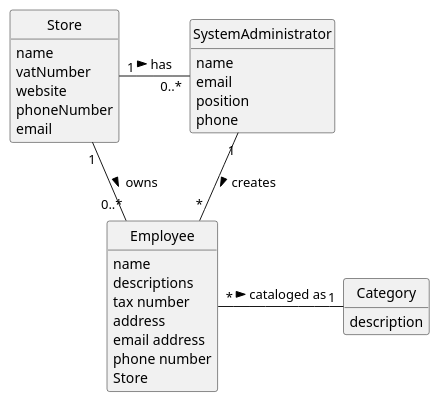
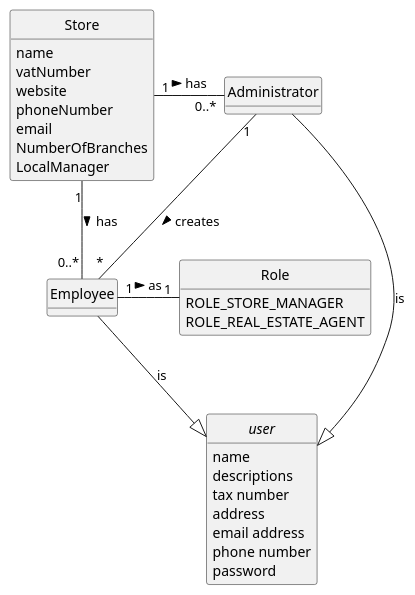
The diagram in lei-22-s2-1do-g68/docs/sprintA/us003/02.analysis/puml/us003-domain-model.puml (hugosilva2901/lei-22-s2-1DO-g68), drawn with PlantUML before and after one commit. The commit also changed 1 other file, not shown here.

```diff
--- a/lei-22-s2-1do-g68/docs/sprintA/us003/02.analysis/puml/us003-domain-model.puml
+++ b/lei-22-s2-1do-g68/docs/sprintA/us003/02.analysis/puml/us003-domain-model.puml
@@ -1,62 +1,54 @@
 @startuml
 skinparam monochrome true
 skinparam packageStyle rectangle
 skinparam shadowing false
 
 'left to right direction
 
 skinparam classAttributeIconSize 0
 
 hide circle
 hide methods
 
 'title Domain Model
 
 'class Platform {
 '  -description
 '}
-
-class Store {
-    name
-    vatNumber
-    website
-    phoneNumber
-    email
+class Store{
+name
+vatNumber
+website
+phoneNumber
+email
+NumberOfBranches
+LocalManager
 }
 'is a RealStateAgent
 class Employee {
+
+}
+class Role {
+    ROLE_STORE_MANAGER
+    ROLE_REAL_ESTATE_AGENT
+}
+
+abstract class user{
     name
     descriptions
     tax number
     address
     email address
     phone number
-    Store
+    password
 }
 
-class Category {
-    description
+class Administrator {
 }
-
-class SystemAdministrator {
-    name
-    email
-    position
-    phone
-}
-
-'class User {
-'    name
-'    email
-'    password
-'}
-
-'Platform "1" -- "*" Store : has registered >
-'Platform "1" -- "*" Category : defines >
-Store "1" - "0..*" SystemAdministrator : has >
-Store "1" - "0..*" Employee: owns >
-'Employee "*" -- "1" SystemAdministrator: created by >
-SystemAdministrator "1" -- "*" Employee : creates >
-'SystemAdministrator "0..1" -- "1" User: acts as >
-Employee "*" - "1" Category: cataloged as >
+Administrator --|> user : is
+Employee --|> user : is
+Store "1" - "0..*" Administrator : has >
+Store "1" - "0..*" Employee: has >
+Administrator "1" -- "*" Employee : creates >
+Employee "1" - "1" Role: as >
 @enduml
```
